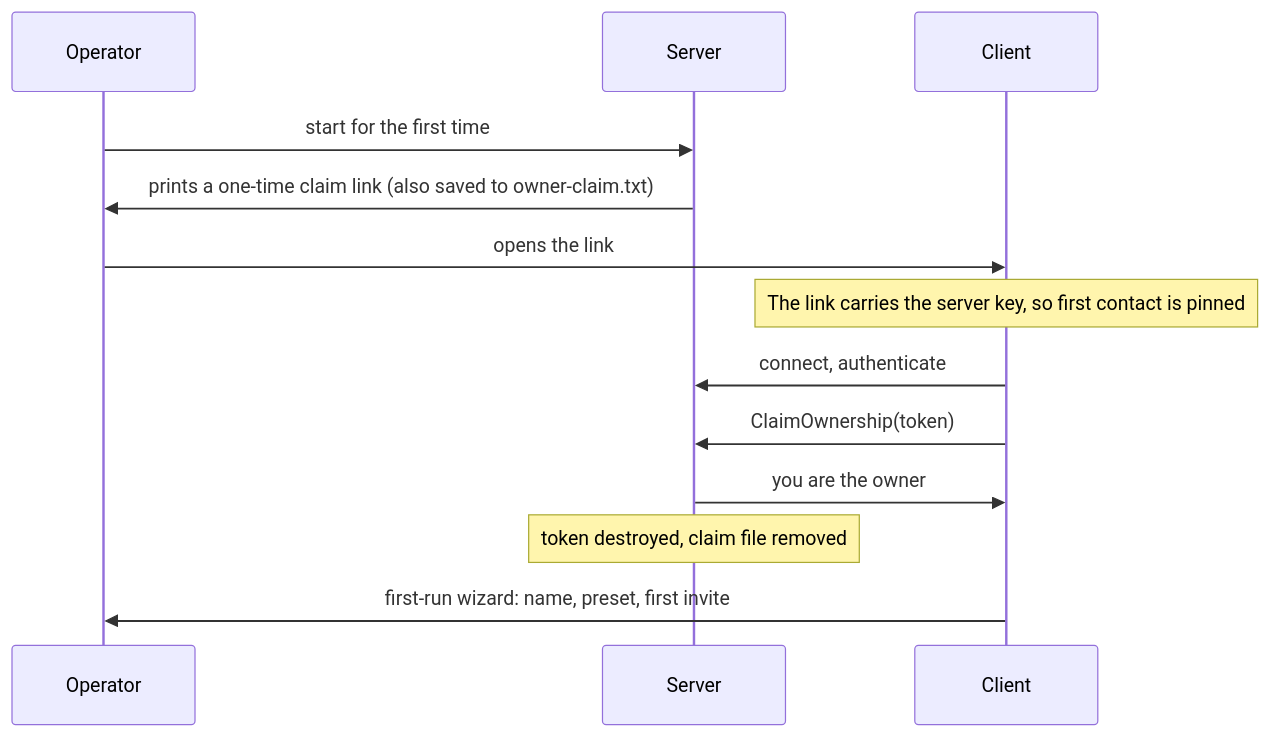
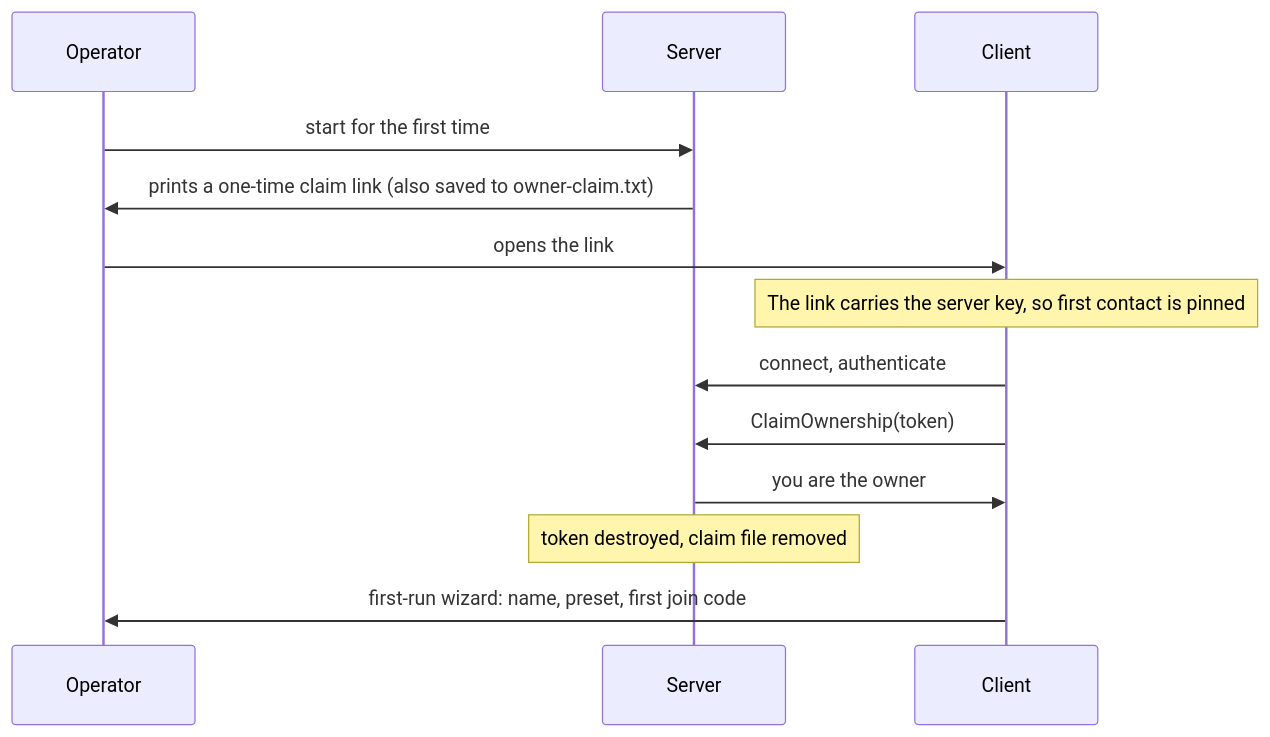
Before and after one commit to emcifuntik/parties: the diagram in docs/rust-rewrite/07-server-management.md, drawn with Mermaid. The commit also changed other lines of this file and 12 other files, not shown here.

````diff
--- a/docs/rust-rewrite/07-server-management.md
+++ b/docs/rust-rewrite/07-server-management.md
@@ -23,16 +23,16 @@
 ```mermaid
 sequenceDiagram
     participant Op as Operator
     participant S as Server
     participant C as Client
 
     Op->>S: start for the first time
     S->>Op: prints a one-time claim link (also saved to owner-claim.txt)
     Op->>C: opens the link
     Note over C: The link carries the server key, so first contact is pinned
     C->>S: connect, authenticate
     C->>S: ClaimOwnership(token)
     S->>C: you are the owner
     Note over S: token destroyed, claim file removed
-    C->>Op: first-run wizard: name, preset, first invite
+    C->>Op: first-run wizard: name, preset, first join code
 ```
````
